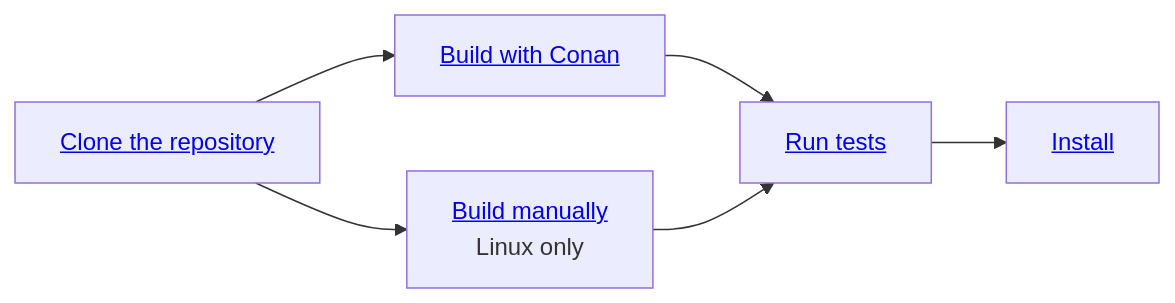
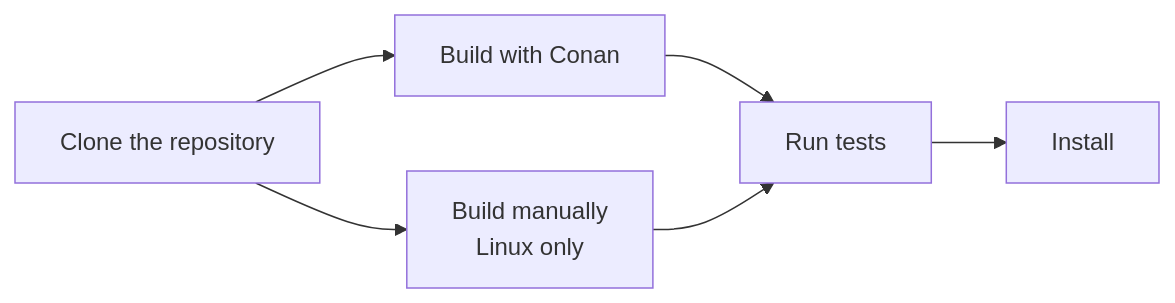
One commit to MarcelloPerathoner/osrm-backend changed the first of 2 diagrams in docs/building.md. Above: the diagram before and after it, drawn with Mermaid. The commit also changed other lines of this file and 12 other files, not shown here.

````diff
--- a/docs/building.md
+++ b/docs/building.md
@@ -7,11 +7,18 @@
 ```mermaid
 graph LR;
-    clone[<a href="#clone">Clone the repository</a>]
-    conan[<a href="#conan">Build with Conan</a>]
-    manually[<a href="#build-manually">Build manually</a><br/>Linux only]
-    test[<a href="#tests">Run tests</a>]
-    install[<a href="#install">Install</a>]
-    clone-->conan;    conan-->test;
-    clone-->manually; manually-->test;
+    clone[Clone the repository]
+    conan[Build with Conan]
+    manually[Build manually<br/>Linux only]
+    test[Run tests]
+    install[Install]
+
+    clone-->conan-->test;
+    clone-->manually-->test;
     test-->install
+
+    click clone "#clone"
+    click conan "#conan"
+    click manually "#build-manually"
+    click test "#tests"
+    click install "#install"
 ```
````
